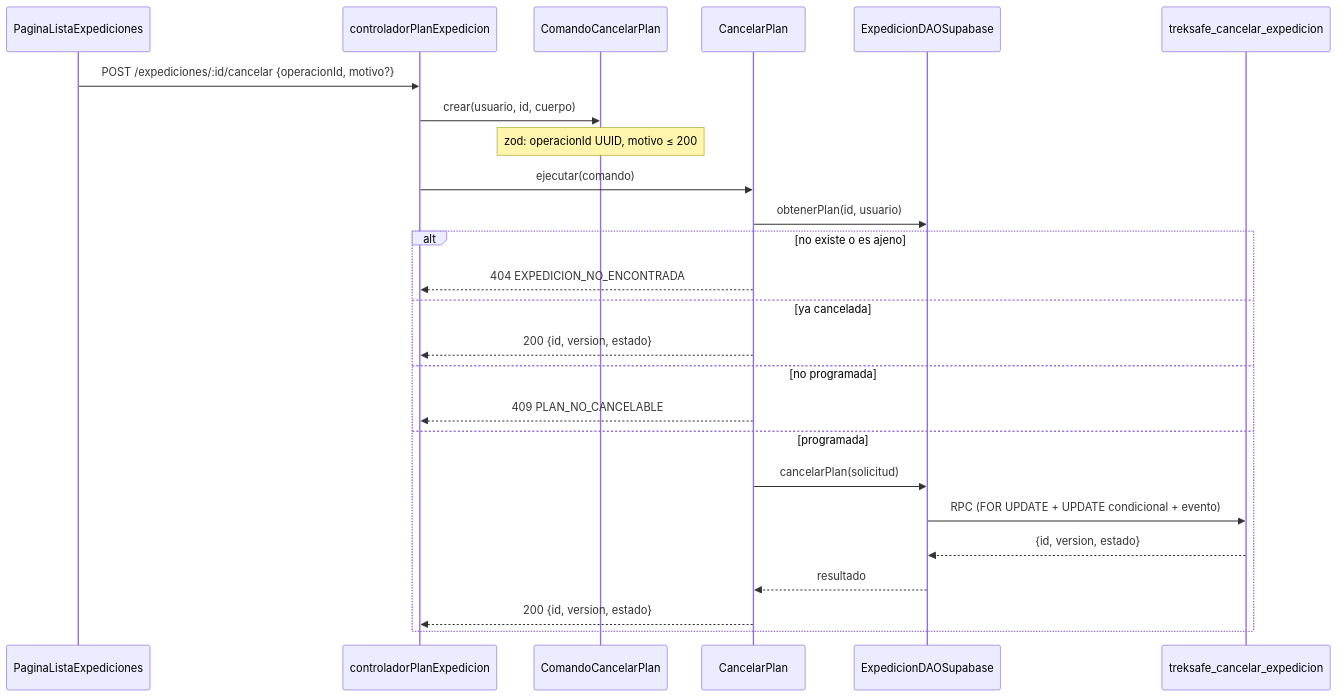
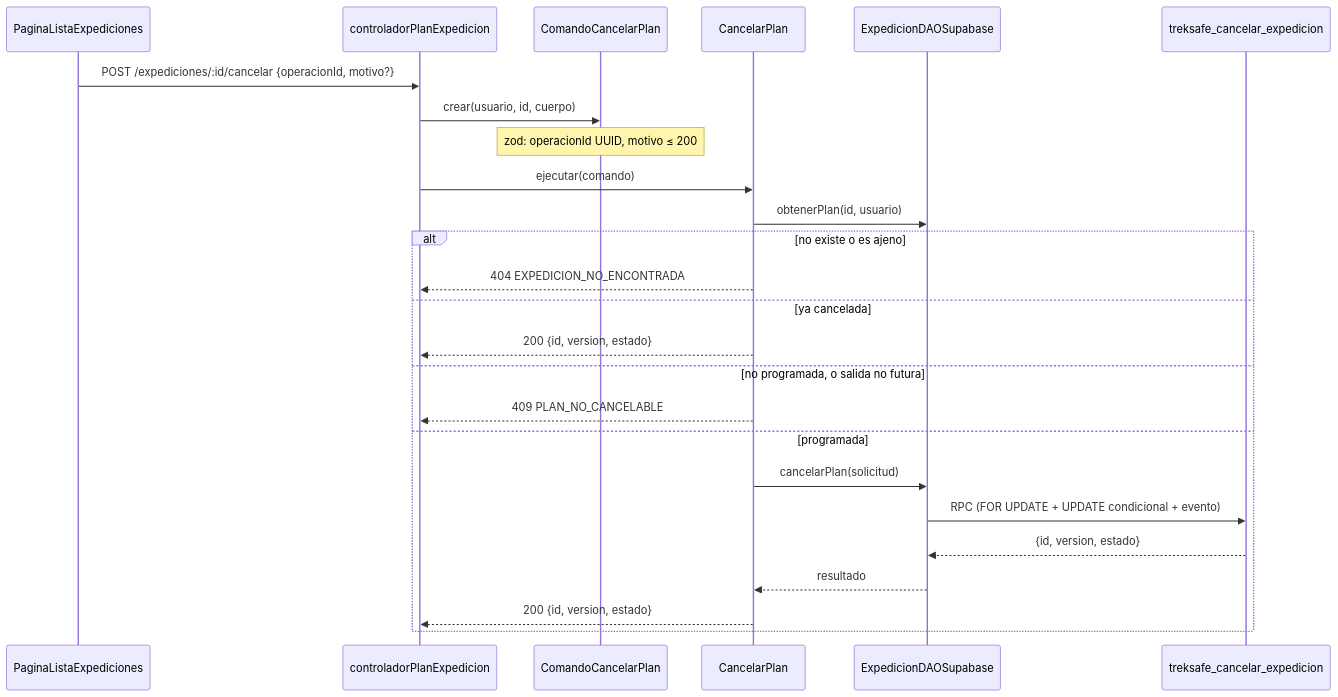
One commit to ArianaBlanco06/TrekSafe changed the second of 2 diagrams in docs/hu-27/diseno.md. Above: the diagram before and after it, drawn with Mermaid. The commit also changed other lines of this file, not shown here.

Commit message:
docs(hu-27): regla de salida futura y nota de despliegue

````diff
--- a/docs/hu-27/diseno.md
+++ b/docs/hu-27/diseno.md
@@ -109,28 +121,28 @@
 ```mermaid
 sequenceDiagram
     participant UI as PaginaListaExpediciones
     participant C as controladorPlanExpedicion
     participant Cmd as ComandoCancelarPlan
     participant E as CancelarPlan
     participant D as ExpedicionDAOSupabase
     participant BD as treksafe_cancelar_expedicion
 
     UI->>C: POST /expediciones/:id/cancelar {operacionId, motivo?}
     C->>Cmd: crear(usuario, id, cuerpo)
     Note over Cmd: zod: operacionId UUID, motivo ≤ 200
     C->>E: ejecutar(comando)
     E->>D: obtenerPlan(id, usuario)
     alt no existe o es ajeno
         E-->>C: 404 EXPEDICION_NO_ENCONTRADA
     else ya cancelada
         E-->>C: 200 {id, version, estado}
-    else no programada
+    else no programada, o salida no futura
         E-->>C: 409 PLAN_NO_CANCELABLE
     else programada
         E->>D: cancelarPlan(solicitud)
         D->>BD: RPC (FOR UPDATE + UPDATE condicional + evento)
         BD-->>D: {id, version, estado}
         D-->>E: resultado
         E-->>C: 200 {id, version, estado}
     end
 ```
````
